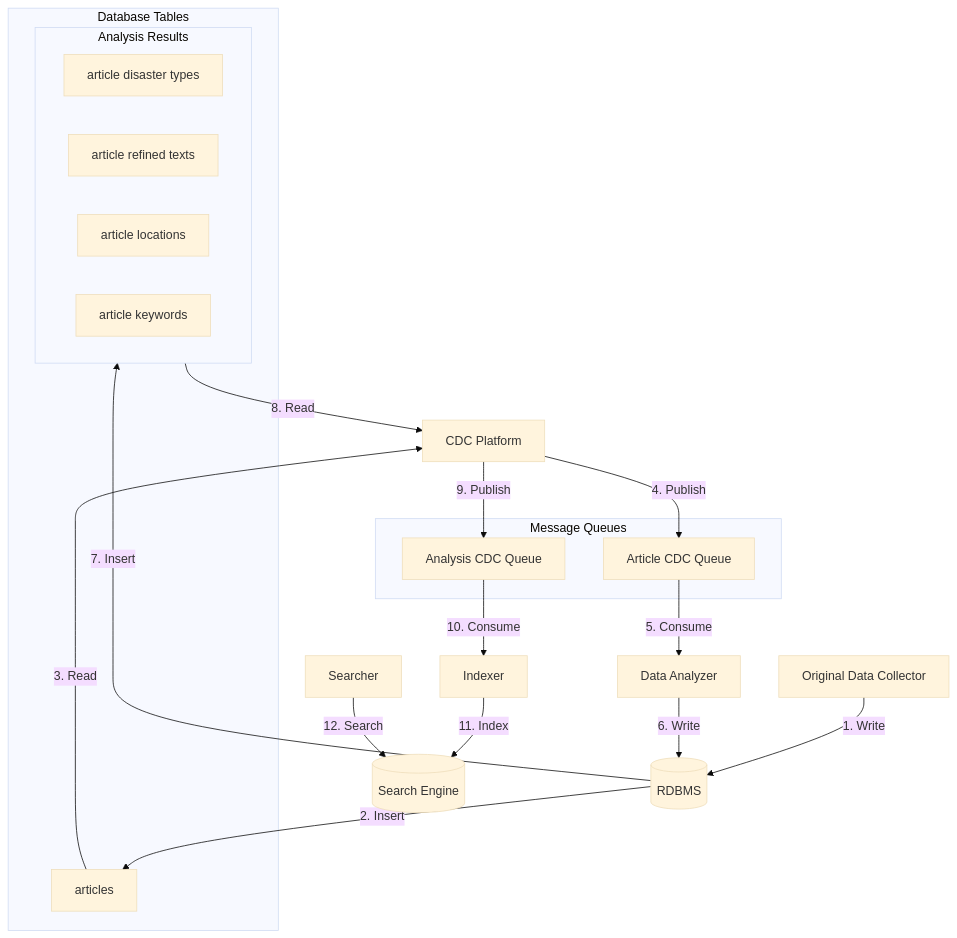
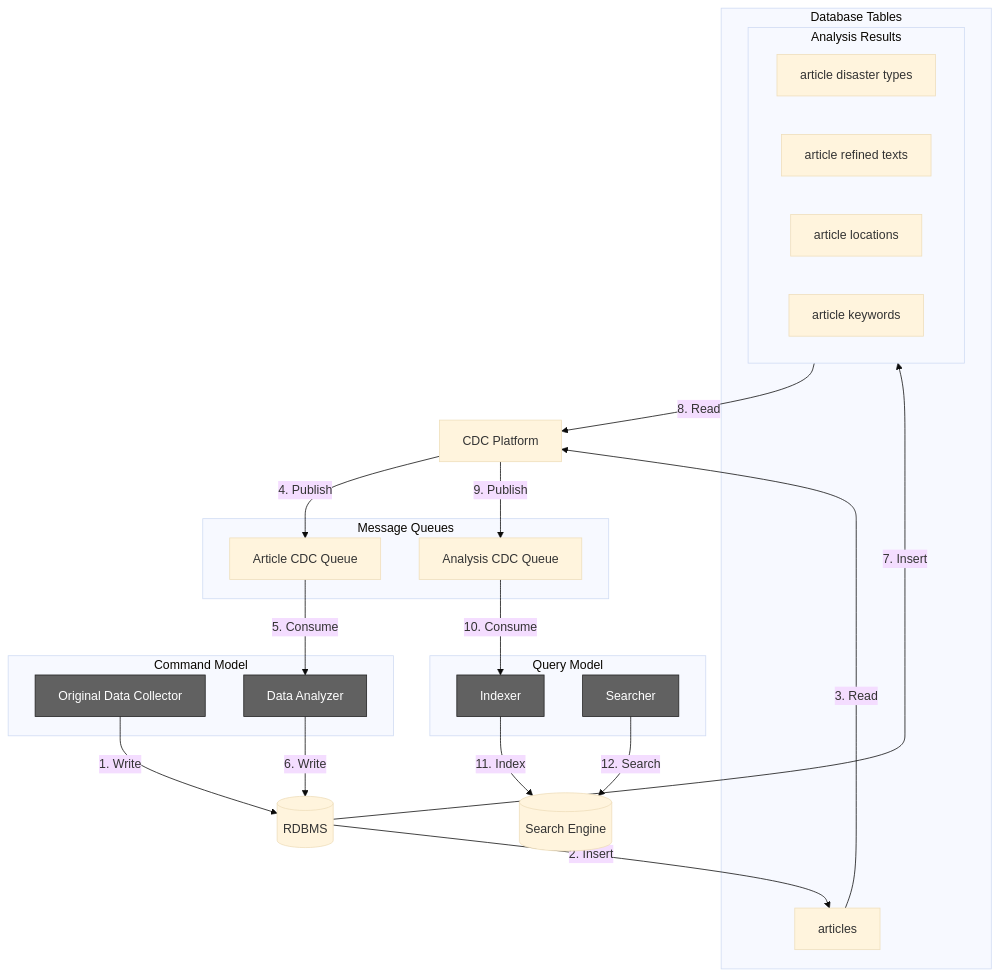
The first of 2 diagrams in README.md (vonkernel/local-incident-tracker), drawn with Mermaid (base theme) before and after one commit. The commit also changed other lines of this file, not shown here.

Commit message:
Enhance Mermaid diagrams with CQRS grouping and module dependencies

````diff
--- a/README.md
+++ b/README.md
@@ -23,41 +23,49 @@
 ```mermaid
 flowchart TD
 
-    ODC[Original Data Collector]
+    subgraph Command [Command Model]
+        ODC[Original Data Collector]
+        DA[Data Analyzer]
+    end
+
+    subgraph Query [Query Model]
+        IDX[Indexer]
+        SRCH[Searcher]
+    end
+
     RDBMS[(RDBMS)]
     CDC[CDC Platform]
-    
+    SE[(Search Engine)]
+
     subgraph Storage [Database Tables]
         articles[articles]
         subgraph Analysis_Tables [Analysis Results]
             ADT[article disaster types]
             ART[article refined texts]
             AL[article locations]
             AK[article keywords]
         end
     end
-    
+
     subgraph Queues [Message Queues]
         AnaQ[Analysis CDC Queue]
         ArtQ[Article CDC Queue]
     end
-    
-    DA[Data Analyzer]
-    IDX[Indexer]
-    SE[(Search Engine)]
-    SRCH[Searcher]
 
     %% Flow connections
     ODC -- "1. Write" --> RDBMS
     RDBMS -- "2. Insert" --> articles
     articles -- "3. Read" --> CDC
     CDC -- "4. Publish" --> ArtQ
     ArtQ -- "5. Consume" --> DA
     DA -- "6. Write" --> RDBMS
     RDBMS -- "7. Insert" --> Analysis_Tables
     Analysis_Tables -- "8. Read" --> CDC
     CDC -- "9. Publish" --> AnaQ
     AnaQ -- "10. Consume" --> IDX
     IDX -- "11. Index" --> SE
     SRCH -- "12. Search" --> SE
+
+    classDef app fill:#616161,stroke:#212121,color:#fff
+    class ODC,DA,IDX,SRCH app
 ```
````
